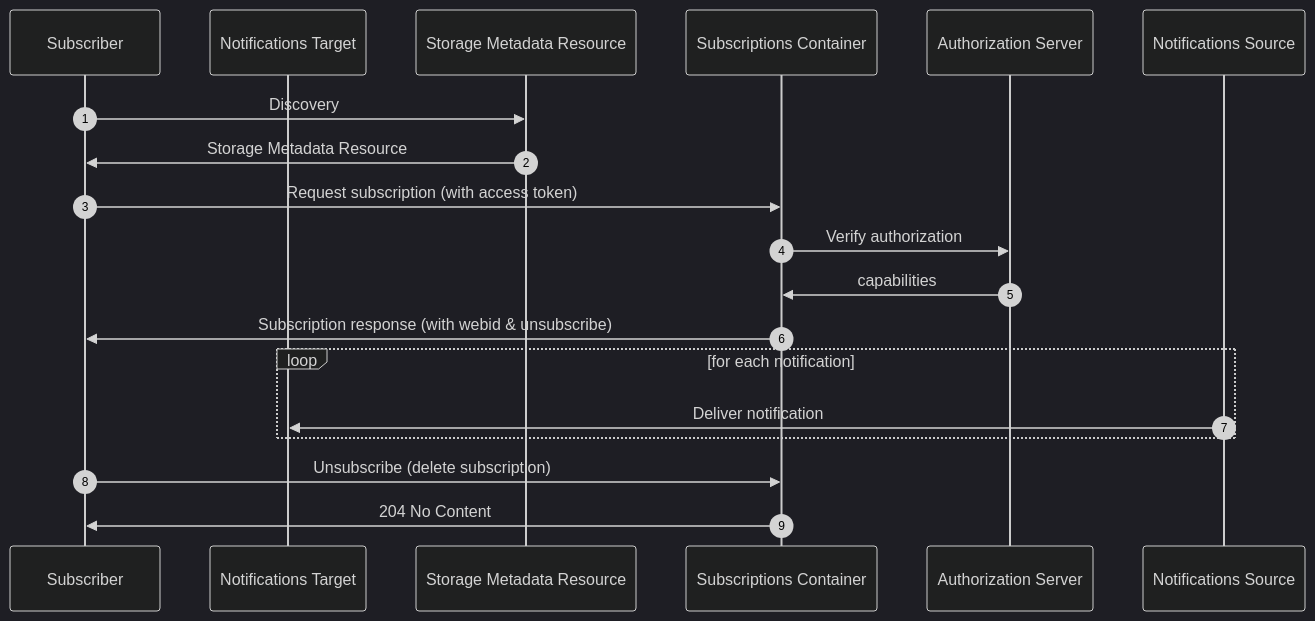
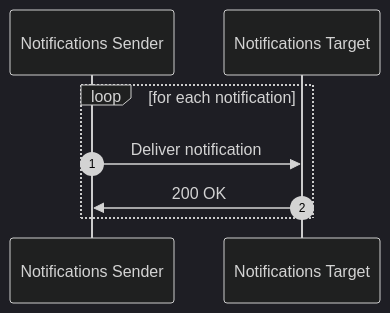
Before and after one commit to solid/notifications: the diagram in notifications-flow-target.mmd, drawn with Mermaid (dark theme). The commit also changed 11 other files, not shown here.

```diff
--- a/notifications-flow-target.mmd
+++ b/notifications-flow-target.mmd
@@ -1,20 +1,9 @@
 sequenceDiagram
   autonumber
-  participant Subscriber
+  participant Notifications Sender
   participant Notifications Target
-  participant Storage Metadata Resource
-  participant Subscriptions Container
-  participant Authorization Server
-  participant Notifications Source
 
-  Subscriber ->> Storage Metadata Resource: Discovery
-  Storage Metadata Resource ->> Subscriber: Storage Metadata Resource
-  Subscriber ->> Subscriptions Container: Request subscription (with access token)
-  Subscriptions Container ->> Authorization Server: Verify authorization
-  Authorization Server ->> Subscriptions Container: capabilities
-  Subscriptions Container ->> Subscriber: Subscription response (with webid & unsubscribe)
   loop for each notification
-    Notifications Source ->> Notifications Target: Deliver notification
+    Notifications Sender ->> Notifications Target: Deliver notification
+    Notifications Target ->> Notifications Sender: 200 OK
   end
-  Subscriber ->> Subscriptions Container: Unsubscribe (delete subscription)
-  Subscriptions Container ->> Subscriber: 204 No Content
```
